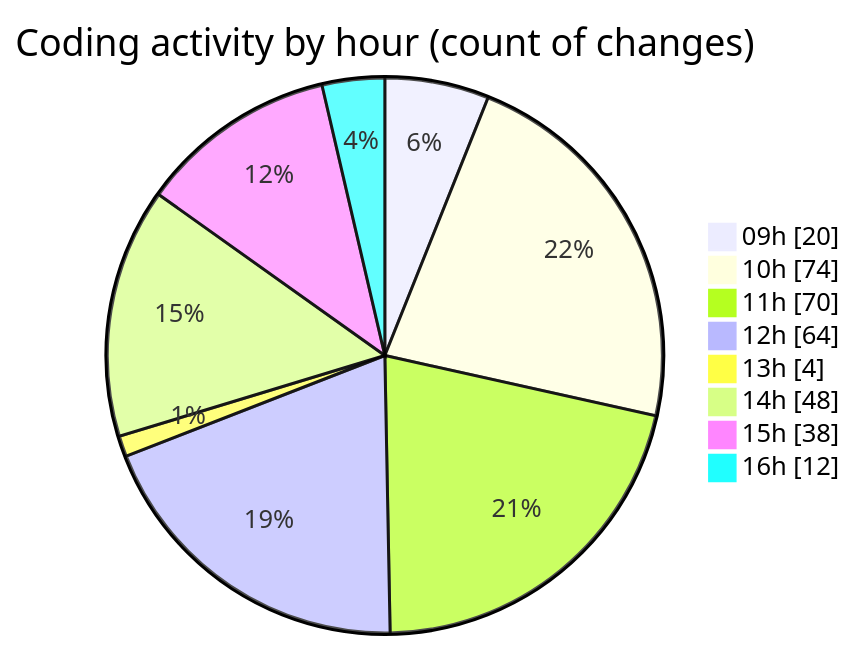
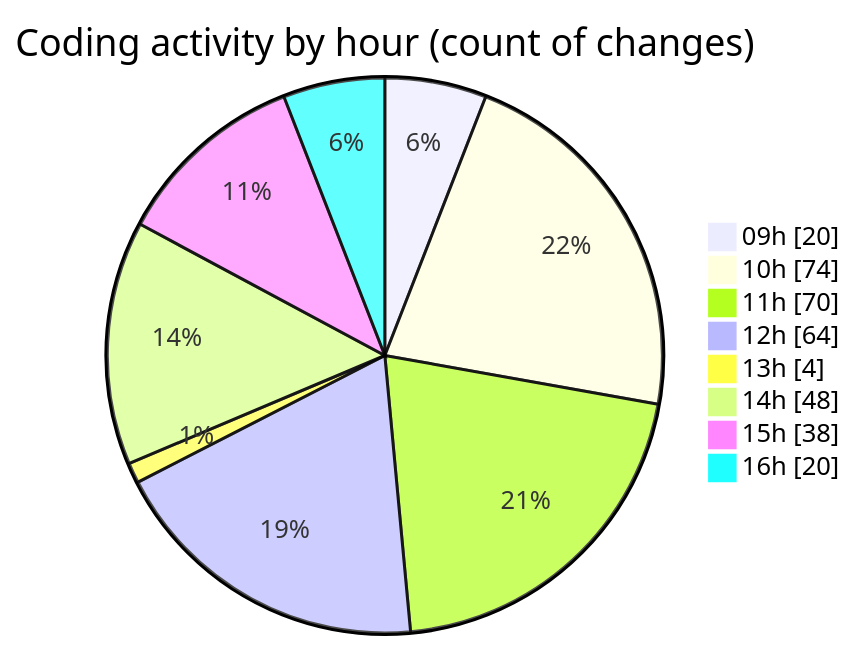
The second of 2 diagrams in 2025-06-06/ecodeli-1/README.md (CELIANVF/code-tracking), drawn with Mermaid before and after one commit. The commit also changed other lines of this file and 1 other file, not shown here.

````diff
--- a/2025-06-06/ecodeli-1/README.md
+++ b/2025-06-06/ecodeli-1/README.md
@@ -113,12 +113,12 @@
 ```mermaid
 pie showData
 title Coding activity by hour (count of changes)
 "09h" : 20
 "10h" : 74
 "11h" : 70
 "12h" : 64
 "13h" : 4
 "14h" : 48
 "15h" : 38
-"16h" : 12
+"16h" : 20
 ```
````
